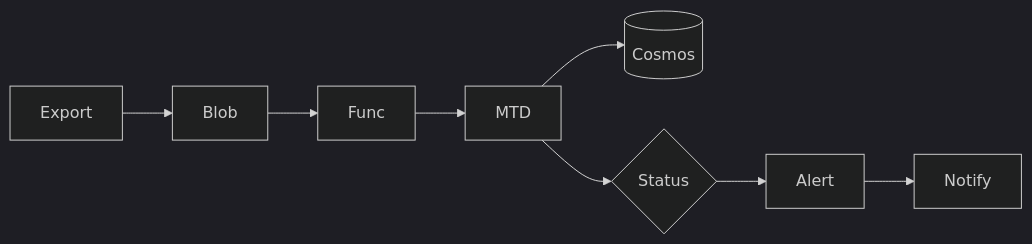
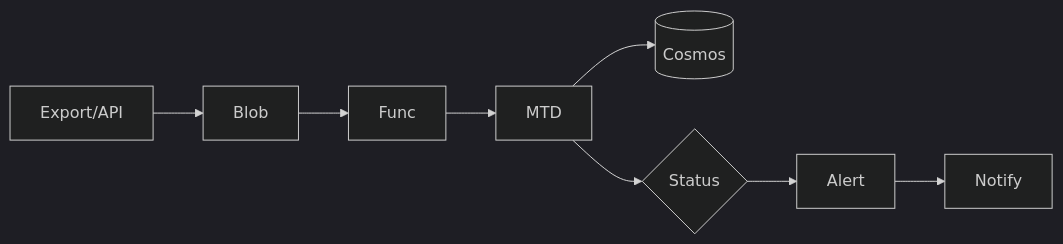
The fourth of 13 diagrams in docs/technical-guide.md (gitpavleenbali/azure-amortized-cost-management), drawn with Mermaid before and after one commit. The commit also changed other lines of this file, not shown here.

````diff
--- a/docs/technical-guide.md
+++ b/docs/technical-guide.md
@@ -312,8 +121,8 @@
 ```mermaid
 %%{init: {"theme": "dark"}}%%
 flowchart LR
-    A["Export"] --> B["Blob"] --> C["Func"] --> D["MTD"]
+    A["Export/API"] --> B["Blob"] --> C["Func"] --> D["MTD"]
     D --> E[("Cosmos")]
     D --> F{"Status"}
     F --> G["Alert"] --> H["Notify"]
 ```
````
